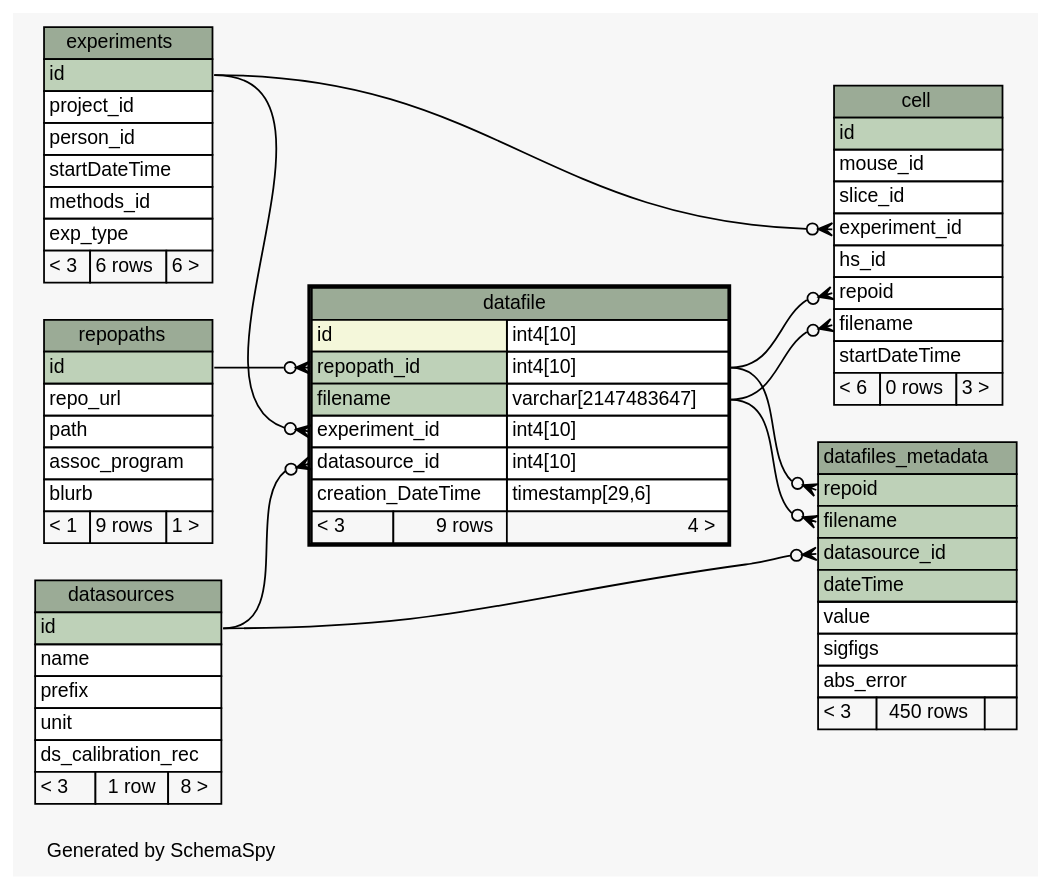
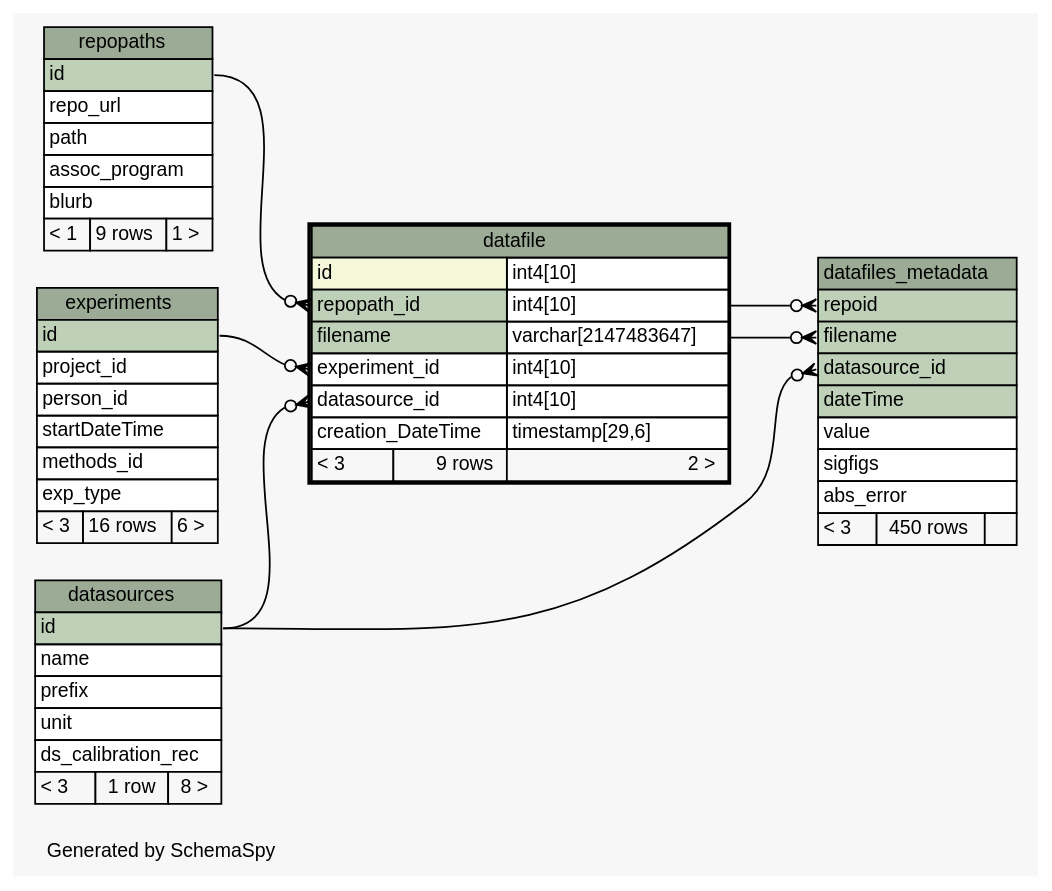
One commit to tgbugs/mlab changed the diagram in database/ss/diagrams/datafile.1degree.dot. Above: the diagram before and after it, drawn with Graphviz. The commit also changed 183 other files, not shown here.

```diff
--- a/database/ss/diagrams/datafile.1degree.dot
+++ b/database/ss/diagrams/datafile.1degree.dot
@@ -1,122 +1,102 @@
 // dot 2.32.0 on Windows 7 6.1
 // SchemaSpy rev 590
 digraph "oneDegreeRelationshipsDiagram" {
   graph [
     rankdir="RL"
     bgcolor="#f7f7f7"
     label="\nGenerated by SchemaSpy"
     labeljust="l"
     nodesep="0.18"
     ranksep="0.46"
     fontname="Helvetica"
     fontsize="11"
   ];
   node [
     fontname="Helvetica"
     fontsize="11"
     shape="plaintext"
   ];
   edge [
     arrowsize="0.8"
   ];
-  "cell":"experiment_id":w -> "experiments":"id":e [arrowhead=none dir=back arrowtail=crowodot];
-  "cell":"filename":w -> "datafile":"filename.type":e [arrowhead=none dir=back arrowtail=crowodot];
-  "cell":"repoid":w -> "datafile":"repopath_id.type":e [arrowhead=none dir=back arrowtail=crowodot];
   "datafile":"datasource_id":w -> "datasources":"id":e [arrowhead=none dir=back arrowtail=crowodot];
   "datafile":"experiment_id":w -> "experiments":"id":e [arrowhead=none dir=back arrowtail=crowodot];
   "datafile":"repopath_id":w -> "repopaths":"id":e [arrowhead=none dir=back arrowtail=crowodot];
   "datafiles_metadata":"datasource_id":w -> "datasources":"id":e [arrowhead=none dir=back arrowtail=crowodot];
   "datafiles_metadata":"filename":w -> "datafile":"filename.type":e [arrowhead=none dir=back arrowtail=crowodot];
   "datafiles_metadata":"repoid":w -> "datafile":"repopath_id.type":e [arrowhead=none dir=back arrowtail=crowodot];
-  "cell" [
-    label=<
-    <TABLE BORDER="0" CELLBORDER="1" CELLSPACING="0" BGCOLOR="#ffffff">
-      <TR><TD COLSPAN="3" BGCOLOR="#9bab96" ALIGN="CENTER">cell</TD></TR>
-      <TR><TD PORT="id" COLSPAN="3" BGCOLOR="#bed1b8" ALIGN="LEFT">id</TD></TR>
-      <TR><TD PORT="mouse_id" COLSPAN="3" ALIGN="LEFT">mouse_id</TD></TR>
-      <TR><TD PORT="slice_id" COLSPAN="3" ALIGN="LEFT">slice_id</TD></TR>
-      <TR><TD PORT="experiment_id" COLSPAN="3" ALIGN="LEFT">experiment_id</TD></TR>
-      <TR><TD PORT="hs_id" COLSPAN="3" ALIGN="LEFT">hs_id</TD></TR>
-      <TR><TD PORT="repoid" COLSPAN="3" ALIGN="LEFT">repoid</TD></TR>
-      <TR><TD PORT="filename" COLSPAN="3" ALIGN="LEFT">filename</TD></TR>
-      <TR><TD PORT="startDateTime" COLSPAN="3" ALIGN="LEFT">startDateTime</TD></TR>
-      <TR><TD ALIGN="LEFT" BGCOLOR="#f7f7f7">&lt; 6</TD><TD ALIGN="RIGHT" BGCOLOR="#f7f7f7">0 rows</TD><TD ALIGN="RIGHT" BGCOLOR="#f7f7f7">3 &gt;</TD></TR>
-    </TABLE>>
-    URL="cell.html"
-    tooltip="cell"
-  ];
   "datafile" [
     label=<
     <TABLE BORDER="2" CELLBORDER="1" CELLSPACING="0" BGCOLOR="#ffffff">
       <TR><TD COLSPAN="3" BGCOLOR="#9bab96" ALIGN="CENTER">datafile</TD></TR>
       <TR><TD PORT="id" COLSPAN="2" BGCOLOR="#f4f7da" ALIGN="LEFT">id</TD><TD PORT="id.type" ALIGN="LEFT">int4[10]</TD></TR>
       <TR><TD PORT="repopath_id" COLSPAN="2" BGCOLOR="#bed1b8" ALIGN="LEFT">repopath_id</TD><TD PORT="repopath_id.type" ALIGN="LEFT">int4[10]</TD></TR>
       <TR><TD PORT="filename" COLSPAN="2" BGCOLOR="#bed1b8" ALIGN="LEFT">filename</TD><TD PORT="filename.type" ALIGN="LEFT">varchar[2147483647]</TD></TR>
       <TR><TD PORT="experiment_id" COLSPAN="2" ALIGN="LEFT">experiment_id</TD><TD PORT="experiment_id.type" ALIGN="LEFT">int4[10]</TD></TR>
       <TR><TD PORT="datasource_id" COLSPAN="2" ALIGN="LEFT">datasource_id</TD><TD PORT="datasource_id.type" ALIGN="LEFT">int4[10]</TD></TR>
       <TR><TD PORT="creation_DateTime" COLSPAN="2" ALIGN="LEFT">creation_DateTime</TD><TD PORT="creation_DateTime.type" ALIGN="LEFT">timestamp[29,6]</TD></TR>
-      <TR><TD ALIGN="LEFT" BGCOLOR="#f7f7f7">&lt; 3</TD><TD ALIGN="RIGHT" BGCOLOR="#f7f7f7">9 rows</TD><TD ALIGN="RIGHT" BGCOLOR="#f7f7f7">4 &gt;</TD></TR>
+      <TR><TD ALIGN="LEFT" BGCOLOR="#f7f7f7">&lt; 3</TD><TD ALIGN="RIGHT" BGCOLOR="#f7f7f7">9 rows</TD><TD ALIGN="RIGHT" BGCOLOR="#f7f7f7">2 &gt;</TD></TR>
     </TABLE>>
     URL="datafile.html"
     tooltip="datafile"
   ];
   "datafiles_metadata" [
     label=<
     <TABLE BORDER="0" CELLBORDER="1" CELLSPACING="0" BGCOLOR="#ffffff">
       <TR><TD COLSPAN="3" BGCOLOR="#9bab96" ALIGN="CENTER">datafiles_metadata</TD></TR>
       <TR><TD PORT="repoid" COLSPAN="3" BGCOLOR="#bed1b8" ALIGN="LEFT">repoid</TD></TR>
       <TR><TD PORT="filename" COLSPAN="3" BGCOLOR="#bed1b8" ALIGN="LEFT">filename</TD></TR>
       <TR><TD PORT="datasource_id" COLSPAN="3" BGCOLOR="#bed1b8" ALIGN="LEFT">datasource_id</TD></TR>
       <TR><TD PORT="dateTime" COLSPAN="3" BGCOLOR="#bed1b8" ALIGN="LEFT">dateTime</TD></TR>
       <TR><TD PORT="value" COLSPAN="3" ALIGN="LEFT">value</TD></TR>
       <TR><TD PORT="sigfigs" COLSPAN="3" ALIGN="LEFT">sigfigs</TD></TR>
       <TR><TD PORT="abs_error" COLSPAN="3" ALIGN="LEFT">abs_error</TD></TR>
       <TR><TD ALIGN="LEFT" BGCOLOR="#f7f7f7">&lt; 3</TD><TD ALIGN="RIGHT" BGCOLOR="#f7f7f7">450 rows</TD><TD ALIGN="RIGHT" BGCOLOR="#f7f7f7">  </TD></TR>
     </TABLE>>
     URL="datafiles_metadata.html"
     tooltip="datafiles_metadata"
   ];
   "datasources" [
     label=<
     <TABLE BORDER="0" CELLBORDER="1" CELLSPACING="0" BGCOLOR="#ffffff">
       <TR><TD COLSPAN="3" BGCOLOR="#9bab96" ALIGN="CENTER">datasources</TD></TR>
       <TR><TD PORT="id" COLSPAN="3" BGCOLOR="#bed1b8" ALIGN="LEFT">id</TD></TR>
       <TR><TD PORT="name" COLSPAN="3" ALIGN="LEFT">name</TD></TR>
       <TR><TD PORT="prefix" COLSPAN="3" ALIGN="LEFT">prefix</TD></TR>
       <TR><TD PORT="unit" COLSPAN="3" ALIGN="LEFT">unit</TD></TR>
       <TR><TD PORT="ds_calibration_rec" COLSPAN="3" ALIGN="LEFT">ds_calibration_rec</TD></TR>
       <TR><TD ALIGN="LEFT" BGCOLOR="#f7f7f7">&lt; 3</TD><TD ALIGN="RIGHT" BGCOLOR="#f7f7f7">1 row</TD><TD ALIGN="RIGHT" BGCOLOR="#f7f7f7">8 &gt;</TD></TR>
     </TABLE>>
     URL="datasources.html"
     tooltip="datasources"
   ];
   "experiments" [
     label=<
     <TABLE BORDER="0" CELLBORDER="1" CELLSPACING="0" BGCOLOR="#ffffff">
       <TR><TD COLSPAN="3" BGCOLOR="#9bab96" ALIGN="CENTER">experiments</TD></TR>
       <TR><TD PORT="id" COLSPAN="3" BGCOLOR="#bed1b8" ALIGN="LEFT">id</TD></TR>
       <TR><TD PORT="project_id" COLSPAN="3" ALIGN="LEFT">project_id</TD></TR>
       <TR><TD PORT="person_id" COLSPAN="3" ALIGN="LEFT">person_id</TD></TR>
       <TR><TD PORT="startDateTime" COLSPAN="3" ALIGN="LEFT">startDateTime</TD></TR>
       <TR><TD PORT="methods_id" COLSPAN="3" ALIGN="LEFT">methods_id</TD></TR>
       <TR><TD PORT="exp_type" COLSPAN="3" ALIGN="LEFT">exp_type</TD></TR>
-      <TR><TD ALIGN="LEFT" BGCOLOR="#f7f7f7">&lt; 3</TD><TD ALIGN="RIGHT" BGCOLOR="#f7f7f7">6 rows</TD><TD ALIGN="RIGHT" BGCOLOR="#f7f7f7">6 &gt;</TD></TR>
+      <TR><TD ALIGN="LEFT" BGCOLOR="#f7f7f7">&lt; 3</TD><TD ALIGN="RIGHT" BGCOLOR="#f7f7f7">16 rows</TD><TD ALIGN="RIGHT" BGCOLOR="#f7f7f7">6 &gt;</TD></TR>
     </TABLE>>
     URL="experiments.html"
     tooltip="experiments"
   ];
   "repopaths" [
     label=<
     <TABLE BORDER="0" CELLBORDER="1" CELLSPACING="0" BGCOLOR="#ffffff">
       <TR><TD COLSPAN="3" BGCOLOR="#9bab96" ALIGN="CENTER">repopaths</TD></TR>
       <TR><TD PORT="id" COLSPAN="3" BGCOLOR="#bed1b8" ALIGN="LEFT">id</TD></TR>
       <TR><TD PORT="repo_url" COLSPAN="3" ALIGN="LEFT">repo_url</TD></TR>
       <TR><TD PORT="path" COLSPAN="3" ALIGN="LEFT">path</TD></TR>
       <TR><TD PORT="assoc_program" COLSPAN="3" ALIGN="LEFT">assoc_program</TD></TR>
       <TR><TD PORT="blurb" COLSPAN="3" ALIGN="LEFT">blurb</TD></TR>
       <TR><TD ALIGN="LEFT" BGCOLOR="#f7f7f7">&lt; 1</TD><TD ALIGN="RIGHT" BGCOLOR="#f7f7f7">9 rows</TD><TD ALIGN="RIGHT" BGCOLOR="#f7f7f7">1 &gt;</TD></TR>
     </TABLE>>
     URL="repopaths.html"
     tooltip="repopaths"
   ];
 }
```
